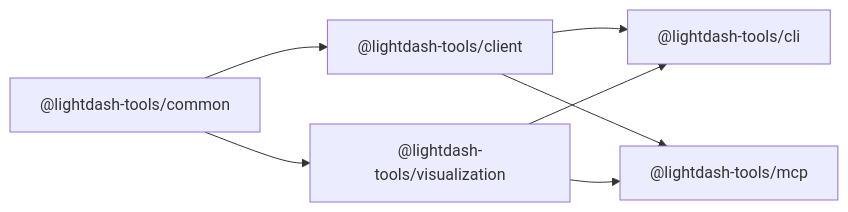
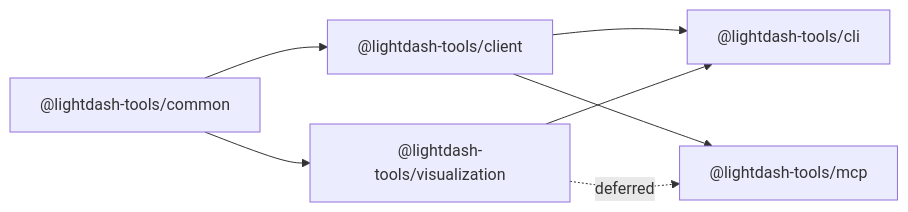
Before and after one commit to yu-iskw/lightdash-tools: the third of 7 diagrams in docs/rfc-visualization-platform.md, drawn with Mermaid. The commit also changed other lines of this file, not shown here.

````diff
--- a/docs/rfc-visualization-platform.md
+++ b/docs/rfc-visualization-platform.md
@@ -330,15 +151,15 @@
 ```mermaid
 flowchart LR
     Common["@lightdash-tools/common"]
     Client["@lightdash-tools/client"]
     Viz["@lightdash-tools/visualization"]
     CLI["@lightdash-tools/cli"]
     MCP["@lightdash-tools/mcp"]
 
     Common --> Client
     Common --> Viz
     Client --> CLI
     Viz --> CLI
     Client --> MCP
-    Viz --> MCP
+    Viz -.->|deferred| MCP
 ```
````
